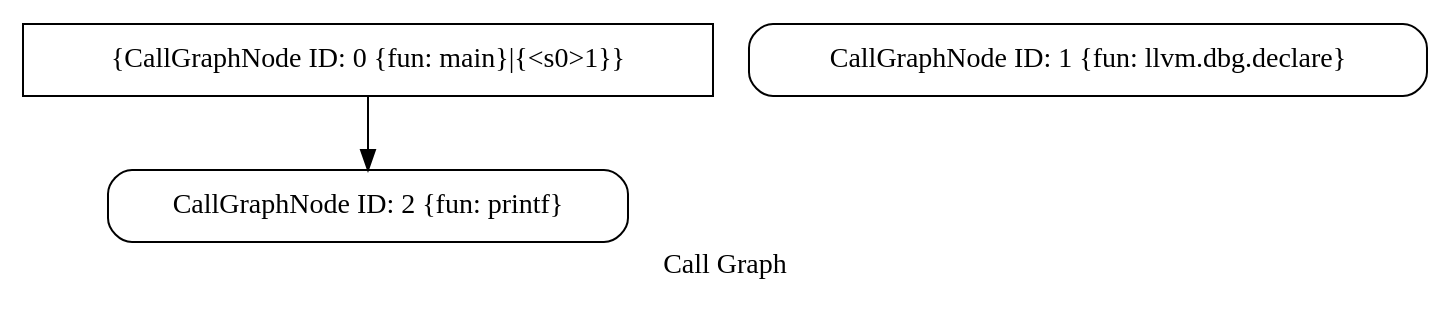
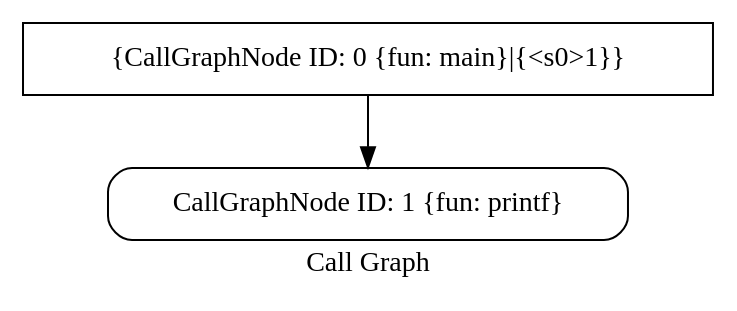
Before and after one commit to Ian36/Web-SVF: the diagram in callgraph.dot, drawn with Graphviz. The commit also changed 49 other files, not shown here.

```diff
--- a/callgraph.dot
+++ b/callgraph.dot
@@ -1,8 +1,7 @@
 digraph "Call Graph" {
 	label="Call Graph";
 
-	Node0x55c11db9cf10 [shape=record,shape=Mrecord,label="{CallGraphNode ID: 2 \{fun: printf\}}"];
-	Node0x55c11dba39f0 [shape=record,shape=Mrecord,label="{CallGraphNode ID: 1 \{fun: llvm.dbg.declare\}}"];
-	Node0x55c11dba38d0 [shape=record,shape=box,label="{CallGraphNode ID: 0 \{fun: main\}|{<s0>1}}"];
-	Node0x55c11dba38d0:s0 -> Node0x55c11db9cf10[color=black];
+	Node0x55d457218a70 [shape=record,shape=Mrecord,label="{CallGraphNode ID: 1 \{fun: printf\}}"];
+	Node0x55d457218950 [shape=record,shape=box,label="{CallGraphNode ID: 0 \{fun: main\}|{<s0>1}}"];
+	Node0x55d457218950:s0 -> Node0x55d457218a70[color=black];
 }
```
